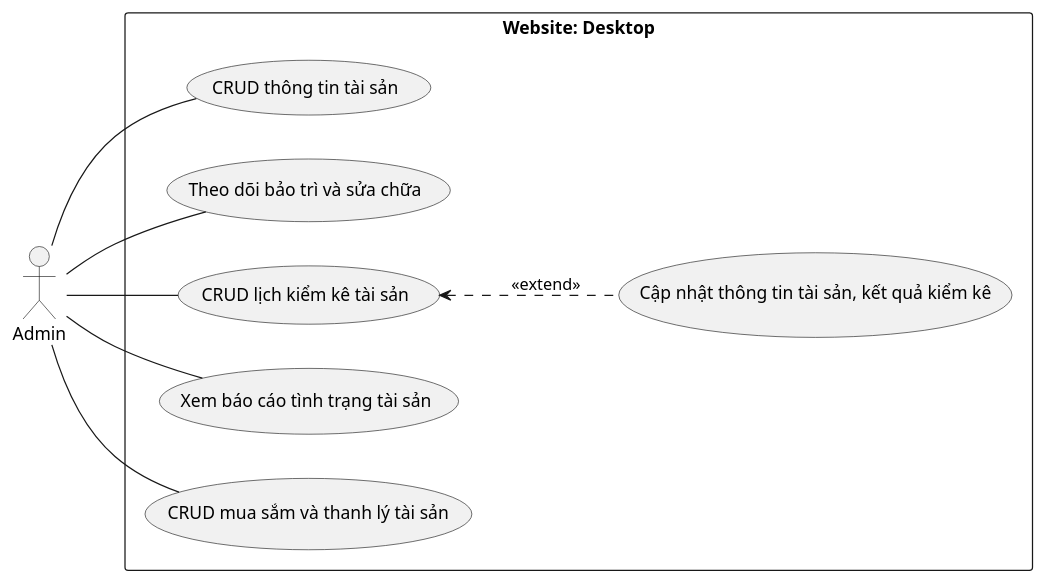
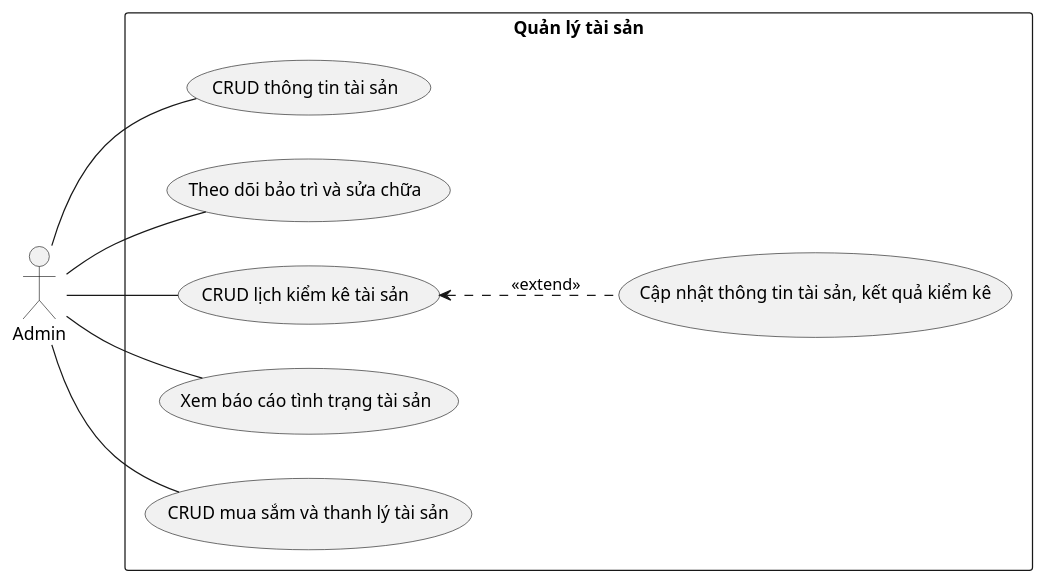
The diagram in Lab1/Lab1.2/Usecase/Quản lý tài sản.plantuml (QuickyBooster/SE357-Pratice-class), drawn with PlantUML before and after one commit.

Commit message:
patch change

```diff
--- a/Lab1/Lab1.2/Usecase/Quản lý tài sản.plantuml
+++ b/Lab1/Lab1.2/Usecase/Quản lý tài sản.plantuml
@@ -1,19 +1,19 @@
 @startuml
 left to right direction
 
 actor Admin as C
-rectangle "Website: Desktop" {
+rectangle "Quản lý tài sản" {
   usecase (CRUD thông tin tài sản) as UC1
   usecase (Theo dõi bảo trì và sửa chữa) as UC3
   usecase (CRUD lịch kiểm kê tài sản) as UC4
   (UC4)<..(Cập nhật thông tin tài sản, kết quả kiểm kê):<<extend>>
   usecase (Xem báo cáo tình trạng tài sản) as UC5
   usecase (CRUD mua sắm và thanh lý tài sản) as UC6
 
 }
 C --UC1
 C--UC3
 C--UC4
 C--UC5
 C--UC6
 @enduml
```
